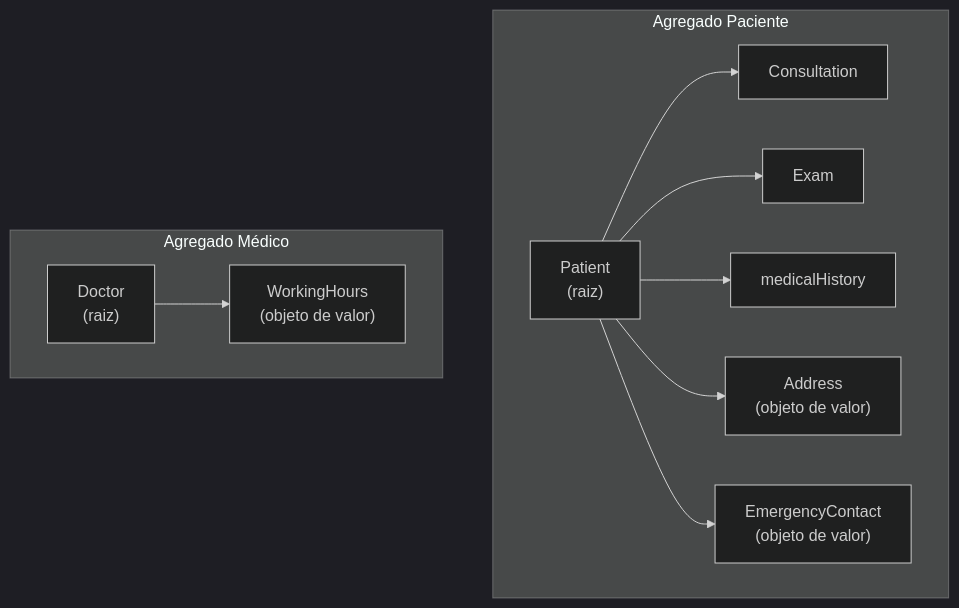
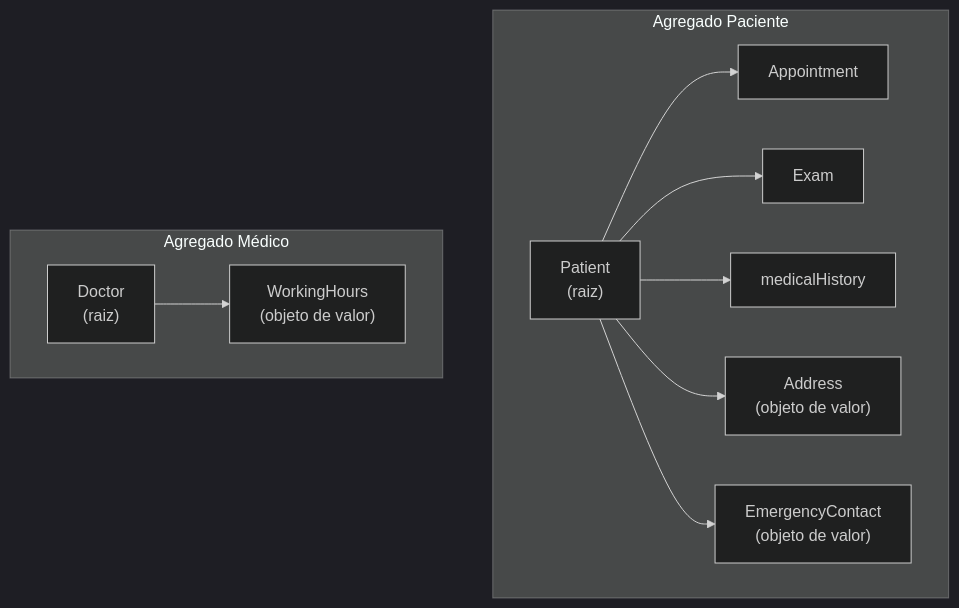
Before and after one commit to burn-c/arquitetura-de-software-fase-2: the second of 4 diagrams in docs/Estratégia e Inovação/Arquitetura de Software/5 - Agregados/1 - Agregados.md, drawn with Mermaid (dark theme). The commit also changed other lines of this file and 8 other files, not shown here.

````diff
--- a/docs/Estratégia e Inovação/Arquitetura de Software/5 - Agregados/1 - Agregados.md
+++ b/docs/Estratégia e Inovação/Arquitetura de Software/5 - Agregados/1 - Agregados.md
@@ -47,22 +47,22 @@
 ```mermaid
 flowchart TD
     subgraph PAC["Agregado Paciente"]
         P["Patient<br/>(raiz)"]
-        C["Consultation"]
+        C["Appointment"]
         E["Exam"]
         H["medicalHistory"]
         AD["Address<br/>(objeto de valor)"]
         EC["EmergencyContact<br/>(objeto de valor)"]
         P --> C
         P --> E
         P --> H
         P --> AD
         P --> EC
     end
 
     subgraph MED["Agregado Médico"]
         D["Doctor<br/>(raiz)"]
         WH["WorkingHours<br/>(objeto de valor)"]
         D --> WH
     end
 ```
````
